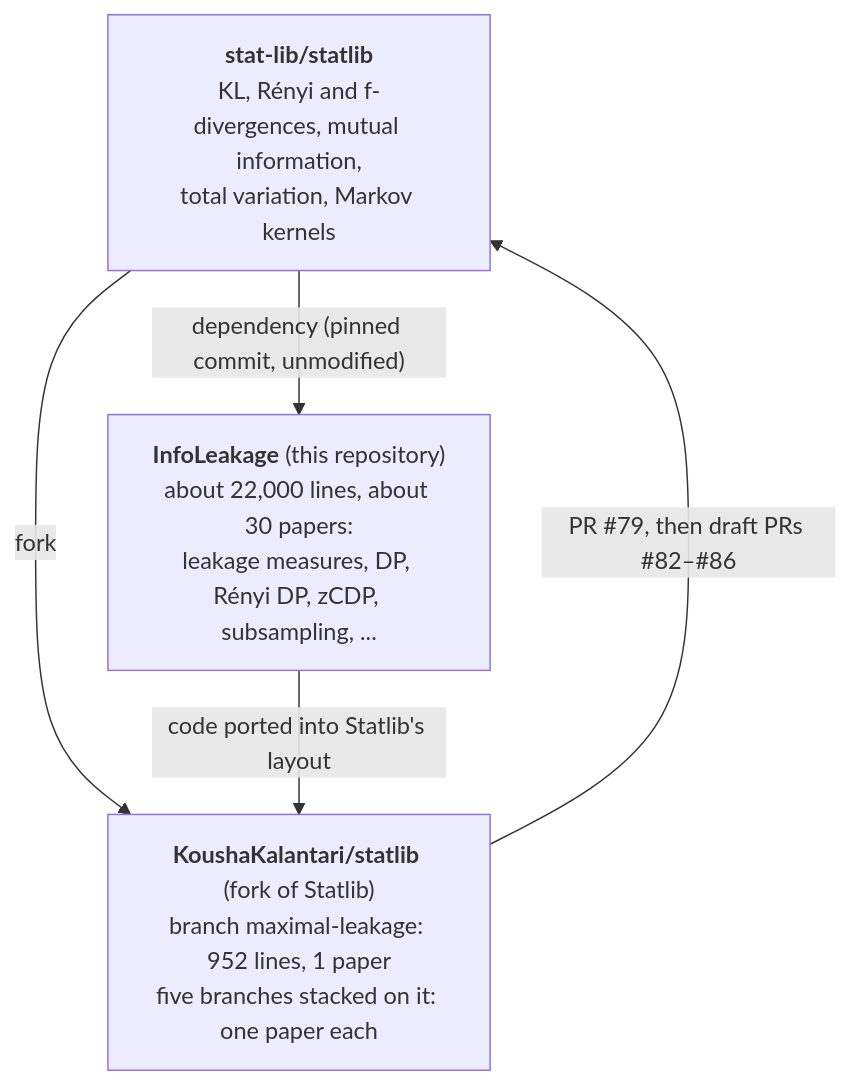
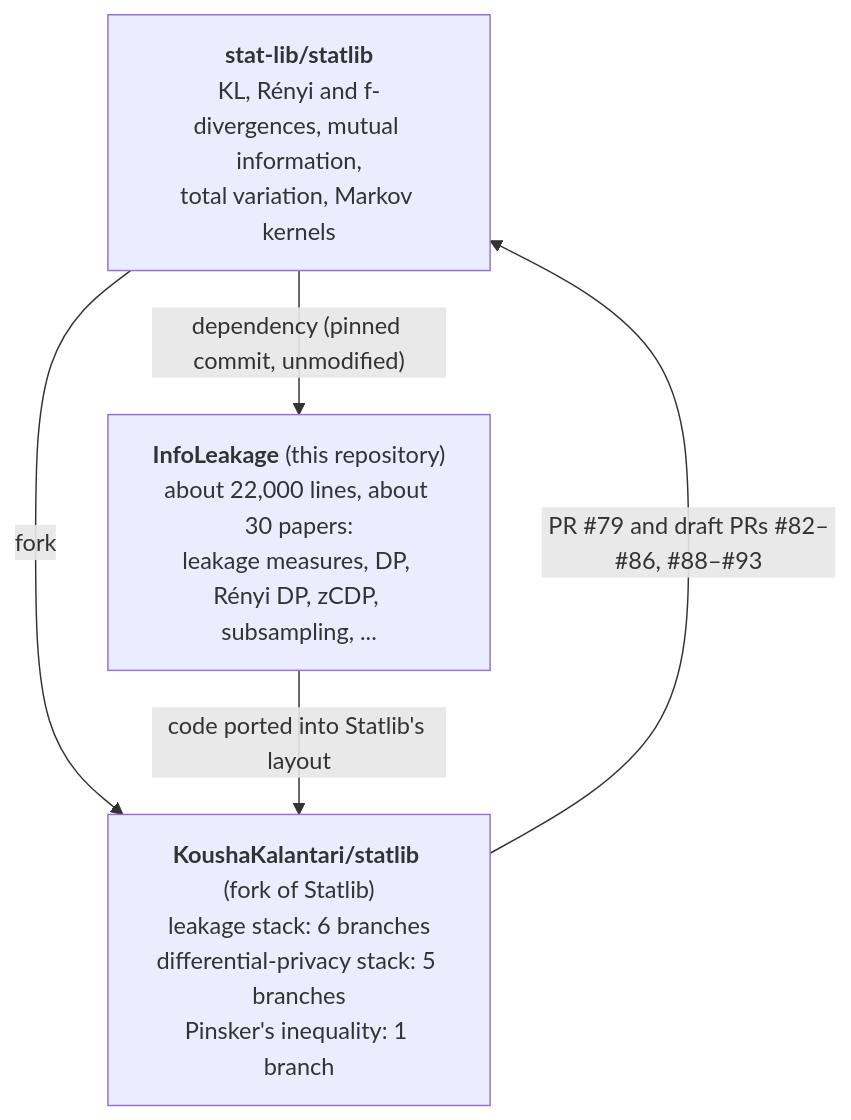
The diagram in README.md (KoushaKalantari/InfoLeakage), drawn with Mermaid before and after one commit. The commit also changed other lines of this file, not shown here.

Commit message:
README: list the differential-privacy and Pinsker Statlib PRs

````diff
--- a/README.md
+++ b/README.md
@@ -37,10 +37,10 @@
 ```mermaid
 flowchart TB
   S["<b>stat-lib/statlib</b><br/>KL, Rényi and f-divergences, mutual information,<br/>total variation, Markov kernels"]
   I["<b>InfoLeakage</b> (this repository)<br/>about 22,000 lines, about 30 papers:<br/>leakage measures, DP, Rényi DP, zCDP, subsampling, ..."]
-  F["<b>KoushaKalantari/statlib</b> (fork of Statlib)<br/>branch maximal-leakage: 952 lines, 1 paper<br/>five branches stacked on it: one paper each"]
+  F["<b>KoushaKalantari/statlib</b> (fork of Statlib)<br/>leakage stack: 6 branches<br/>differential-privacy stack: 5 branches<br/>Pinsker's inequality: 1 branch"]
   S -- "dependency (pinned commit, unmodified)" --> I
   S -- "fork" --> F
   I -- "code ported into Statlib's layout" --> F
-  F -- "PR #79, then draft PRs #82–#86" --> S
+  F -- "PR #79 and draft PRs #82–#86, #88–#93" --> S
 ```
````
